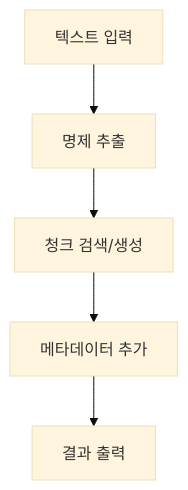
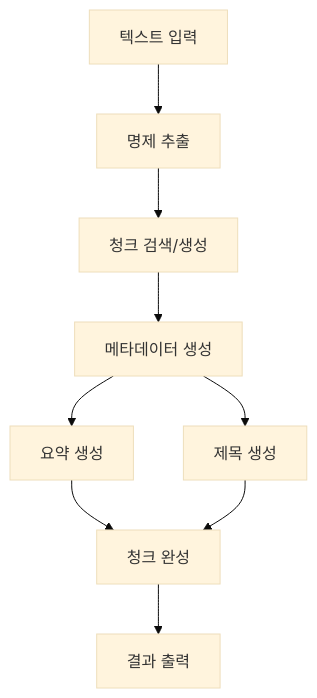
The fourth of 5 diagrams in README.md (ses9892/agentic-chunk), drawn with Mermaid (base theme) before and after one commit. The commit also changed other lines of this file, not shown here.

First line of the commit message:
Add detailed metadata generation diagrams and tables

````diff
--- a/README.md
+++ b/README.md
@@ -117,7 +117,11 @@
 ```mermaid
 flowchart TD
     A[텍스트 입력] --> B[명제 추출]
     B --> C[청크 검색/생성]
-    C --> D[메타데이터 추가]
-    D --> E[결과 출력]
+    C --> D[메타데이터 생성]
+    D --> E[요약 생성]
+    D --> F[제목 생성]
+    E --> G[청크 완성]
+    F --> G
+    G --> H[결과 출력]
 ```
````
